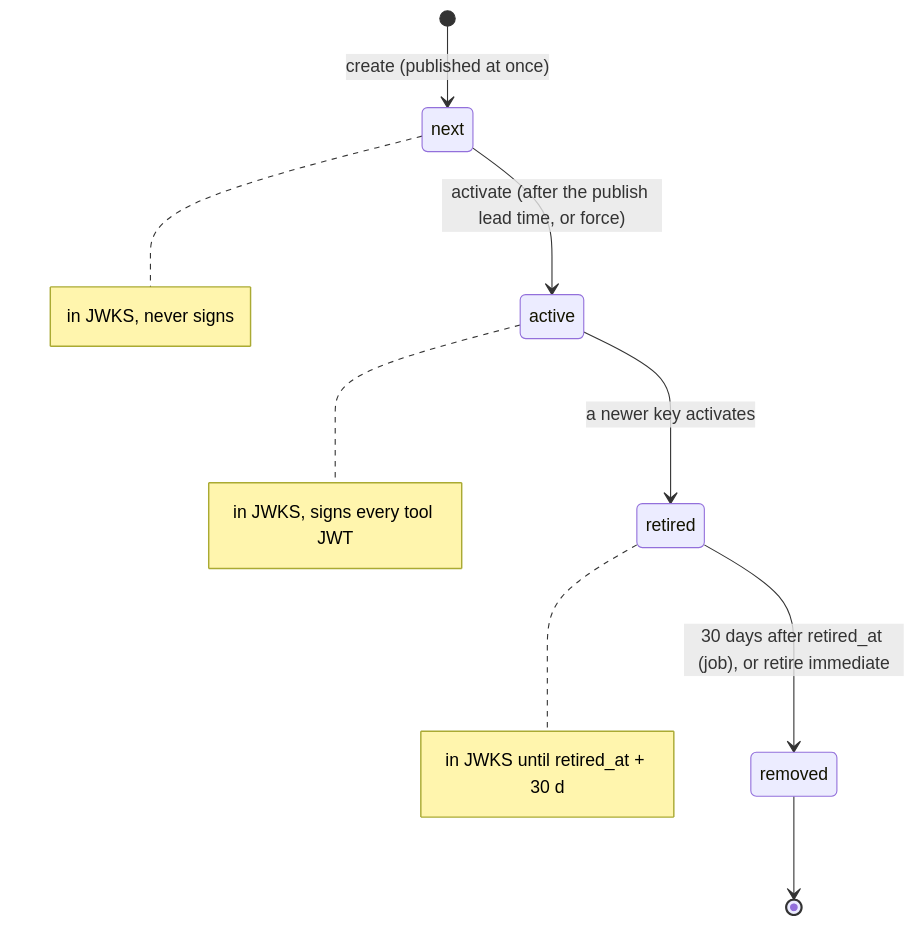
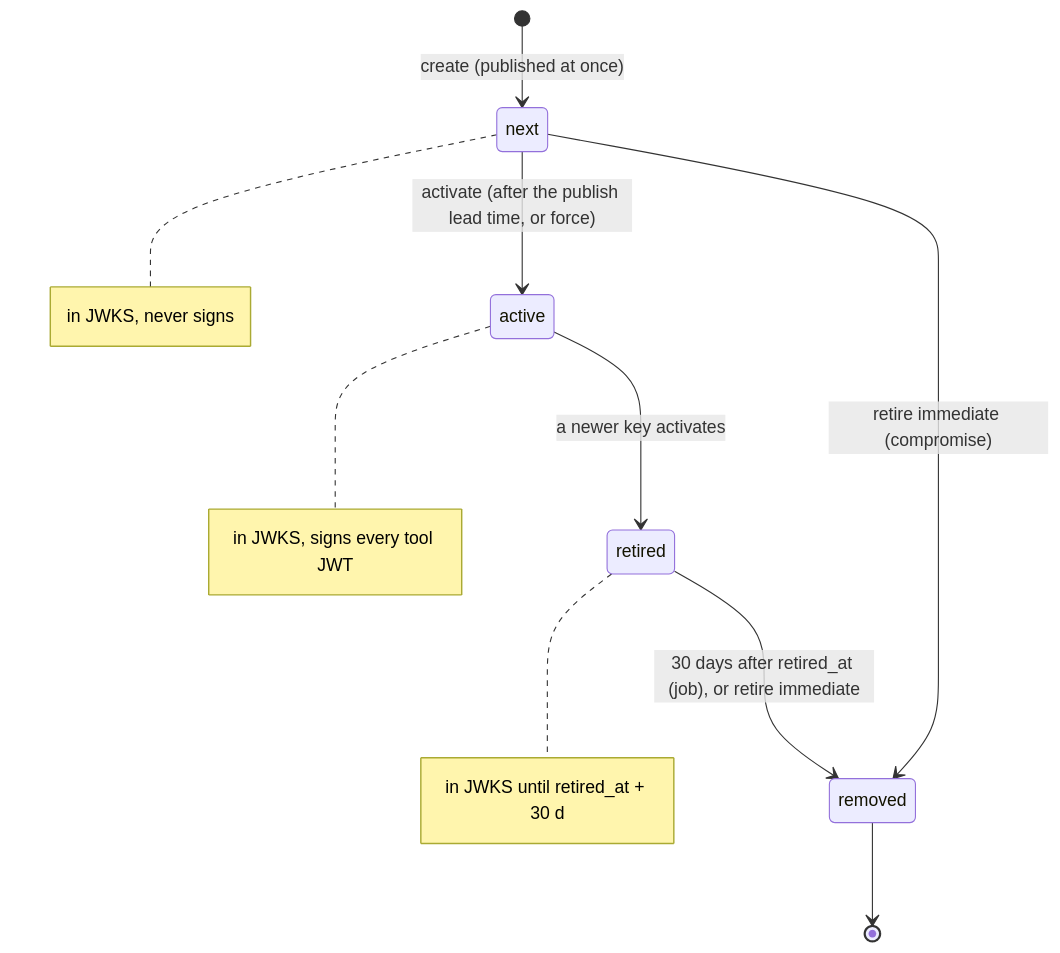
The second of 2 diagrams in docs/architecture/ltiaas/adr/LA-ADR-06-service-operability.md (nguyenthanhquang152/cogniate_moodle_integration_prototype), drawn with Mermaid before and after one commit. The commit also changed other lines of this file and 8 other files, not shown here.

````diff
--- a/docs/architecture/ltiaas/adr/LA-ADR-06-service-operability.md
+++ b/docs/architecture/ltiaas/adr/LA-ADR-06-service-operability.md
@@ -297,11 +298,12 @@
 ```mermaid
 stateDiagram-v2
   [*] --> next: create (published at once)
   next --> active: activate (after the publish lead time, or force)
+  next --> removed: retire immediate (compromise)
   active --> retired: a newer key activates
   retired --> removed: 30 days after retired_at (job), or retire immediate
   removed --> [*]
   note right of next: in JWKS, never signs
   note right of active: in JWKS, signs every tool JWT
   note right of retired: in JWKS until retired_at + 30 d
 ```
````
